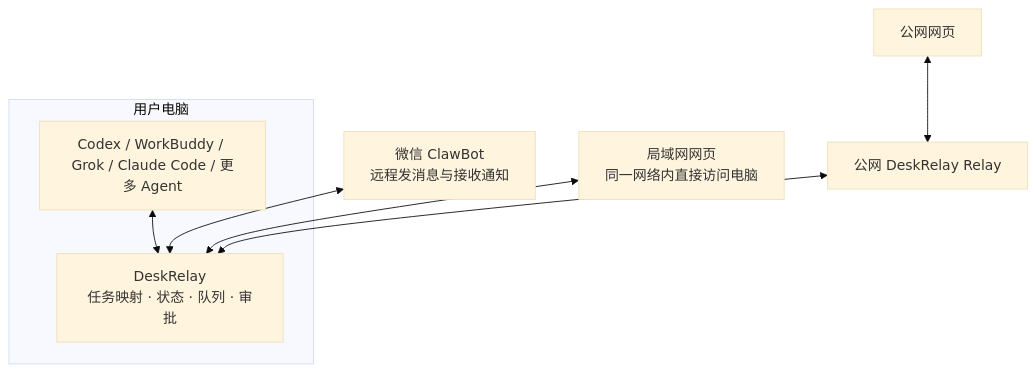
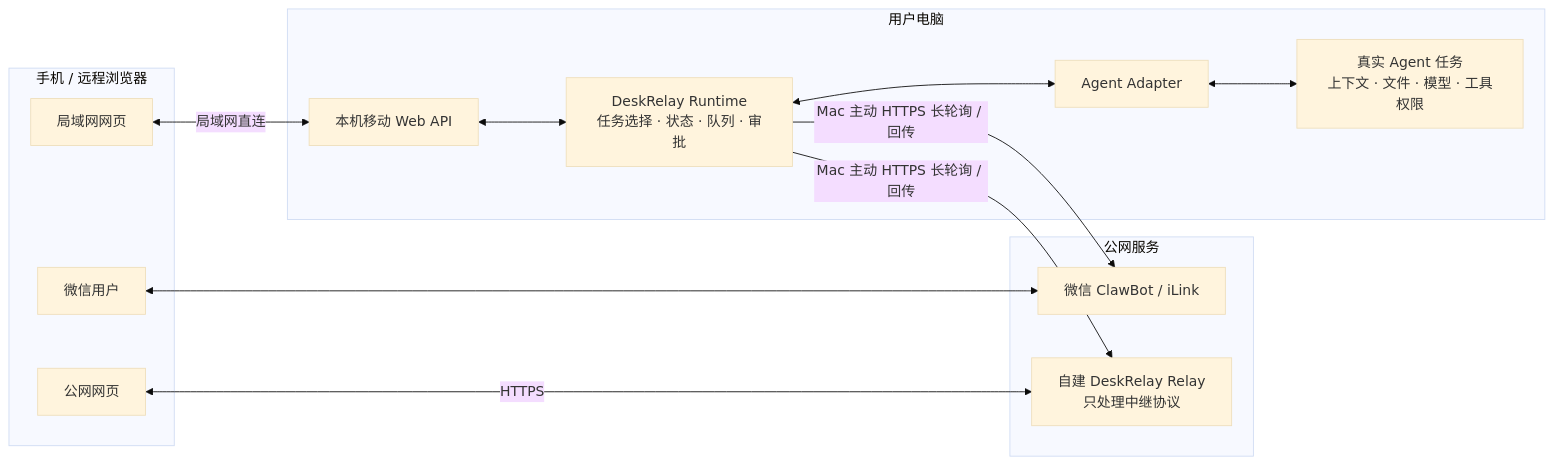
One commit to imsinolam/DeskRelay changed the diagram in README.md. Above: the diagram before and after it, drawn with Mermaid (base theme). The commit also changed other lines of this file and 24 other files, not shown here.

````diff
--- a/README.md
+++ b/README.md
@@ -21,13 +19,29 @@
 ```mermaid
-flowchart TB
-    subgraph Mac["用户电脑"]
-        Agent["Codex / WorkBuddy / Grok / Claude Code / 更多 Agent"]
-        Core["DeskRelay\n任务映射 · 状态 · 队列 · 审批"]
-        Agent <--> Core
+flowchart LR
+    subgraph Phone["手机 / 远程浏览器"]
+        WeChatUser["微信用户"]
+        LanBrowser["局域网网页"]
+        PublicBrowser["公网网页"]
     end
 
-    WeChat["微信 ClawBot\n远程发消息与接收通知"] <--> Core
-    LAN["局域网网页\n同一网络内直接访问电脑"] <--> Core
-    Public["公网网页"] <--> Relay["公网 DeskRelay Relay"]
-    Relay <--> Core
+    subgraph Cloud["公网服务"]
+        WeChatCloud["微信 ClawBot / iLink"]
+        Relay["自建 DeskRelay Relay\n只处理中继协议"]
+    end
+
+    subgraph Mac["用户电脑"]
+        MobileAPI["本机移动 Web API"]
+        Runtime["DeskRelay Runtime\n任务选择 · 状态 · 队列 · 审批"]
+        Adapter["Agent Adapter"]
+        Agent["真实 Agent 任务\n上下文 · 文件 · 模型 · 工具权限"]
+        MobileAPI <--> Runtime
+        Runtime <--> Adapter
+        Adapter <--> Agent
+    end
+
+    WeChatUser <--> WeChatCloud
+    Runtime -- "Mac 主动 HTTPS 长轮询 / 回传" --> WeChatCloud
+    LanBrowser <-- "局域网直连" --> MobileAPI
+    PublicBrowser <-- "HTTPS" --> Relay
+    Runtime -- "Mac 主动 HTTPS 长轮询 / 回传" --> Relay
 ```
````
